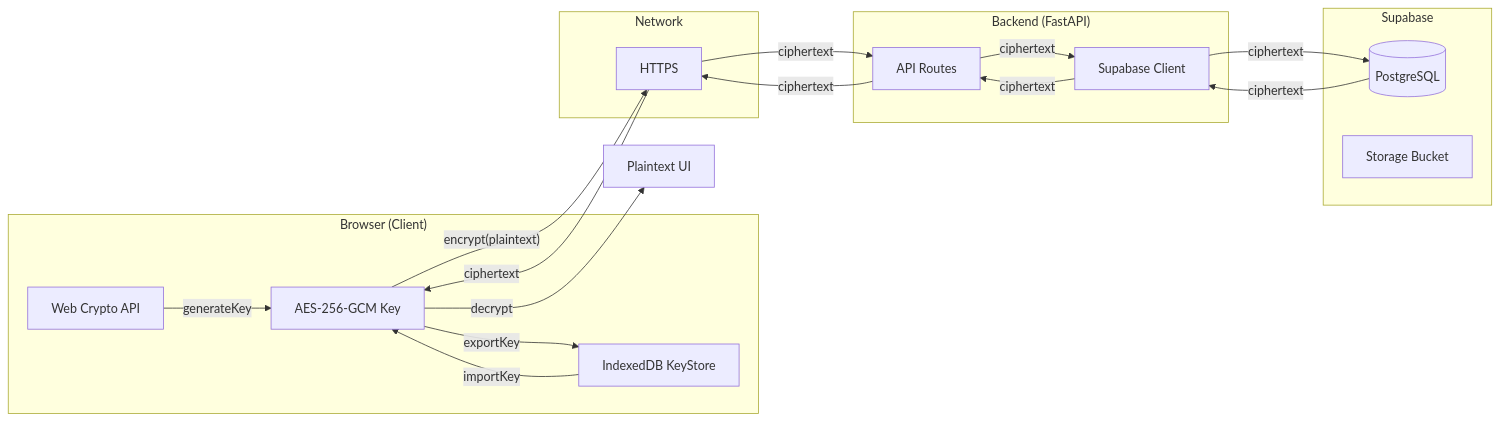
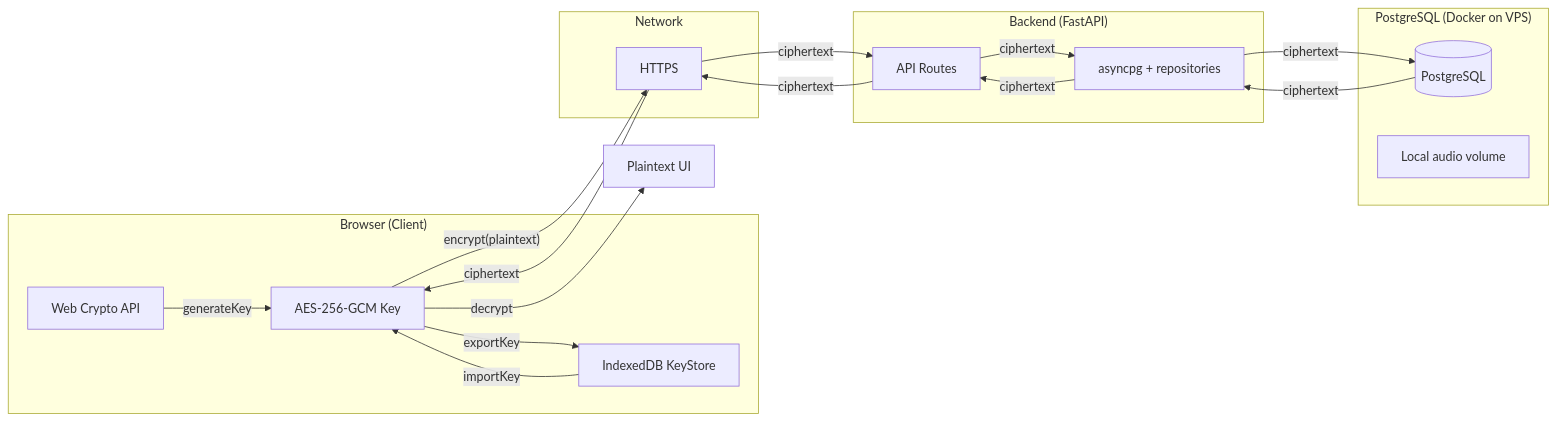
One commit to wszymilo/life-story-agent changed the fourth of 9 diagrams in docs/system-design.md. Above: the diagram before and after it, drawn with Mermaid. The commit also changed other lines of this file and 72 other files, not shown here.

````diff
--- a/docs/system-design.md
+++ b/docs/system-design.md
@@ -278,37 +281,37 @@
 ```mermaid
 flowchart LR
     subgraph Browser["Browser (Client)"]
         A[Web Crypto API]
         B[AES-256-GCM Key]
         C[IndexedDB KeyStore]
     end
 
     subgraph Network["Network"]
         D[HTTPS]
     end
 
     subgraph Backend["Backend (FastAPI)"]
         E[API Routes]
-        F[Supabase Client]
+        F[asyncpg + repositories]
     end
 
-    subgraph Database["Supabase"]
+    subgraph Database["PostgreSQL (Docker on VPS)"]
         G[(PostgreSQL)]
-        H[Storage Bucket]
+        H[Local audio volume]
     end
 
     A -->|generateKey| B
     B -->|exportKey| C
     C -->|importKey| B
 
     B -->|"encrypt(plaintext)"| D
     D -->|ciphertext| E
     E -->|ciphertext| F
     F -->|ciphertext| G
 
     G -->|ciphertext| F
     F -->|ciphertext| E
     E -->|ciphertext| D
     D -->|ciphertext| B
     B -->|decrypt| I[Plaintext UI]
 ```
````
